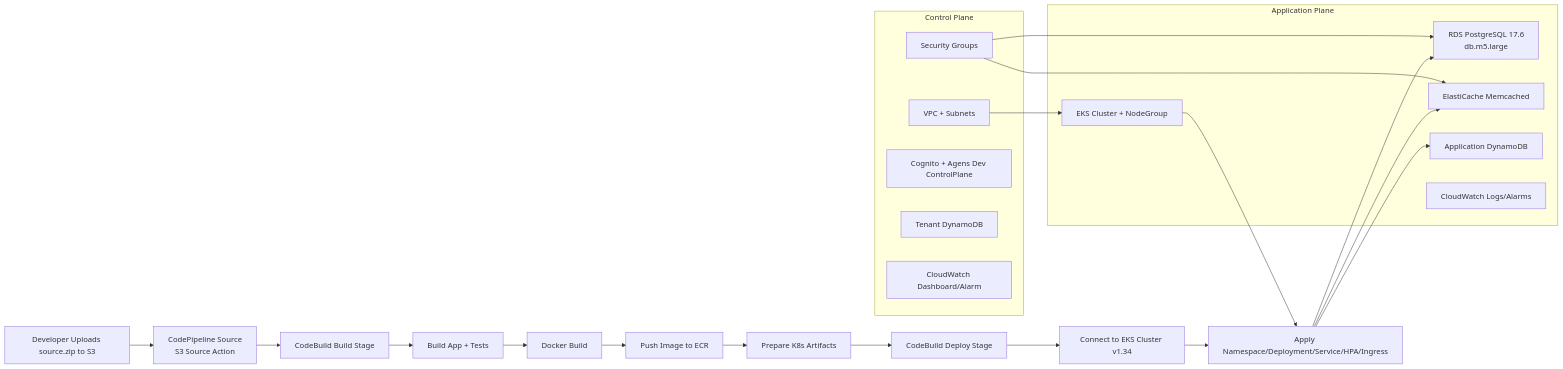
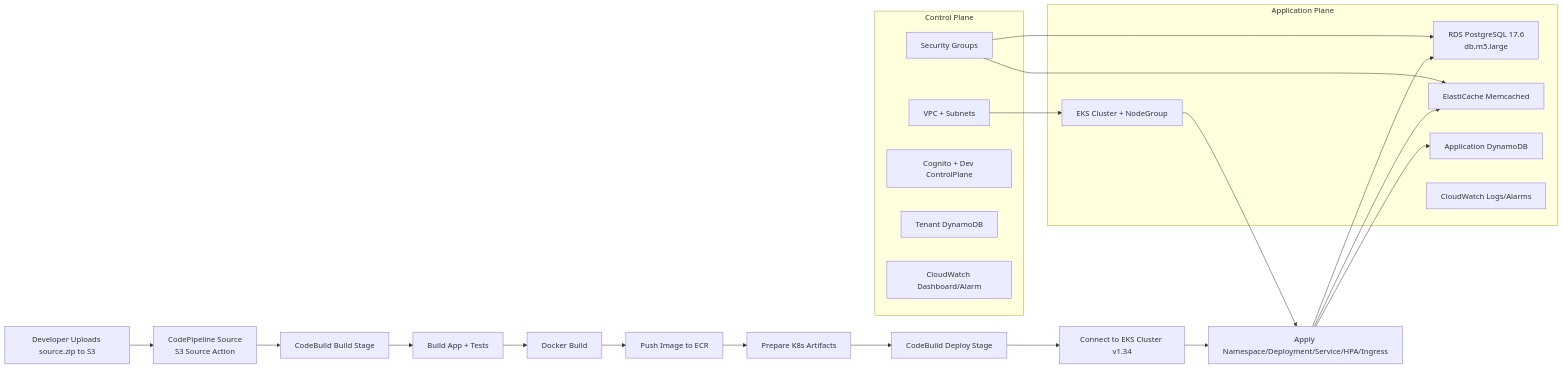
One commit to rahultiple31/med-aws-repo changed the diagram in README.md. Above: the diagram before and after it, drawn with Mermaid. The commit also changed other lines of this file and 14 other files, not shown here.

````diff
--- a/README.md
+++ b/README.md
@@ -1,38 +1,38 @@
 ```mermaid
 flowchart LR
   A[Developer Uploads source.zip to S3] --> B[CodePipeline Source<br/>S3 Source Action]
   B --> C[CodeBuild Build Stage]
   C --> D[Build App + Tests]
   D --> E[Docker Build]
   E --> F[Push Image to ECR]
   F --> G[Prepare K8s Artifacts]
 
   G --> H[CodeBuild Deploy Stage]
   H --> I[Connect to EKS Cluster v1.34]
   I --> J[Apply Namespace/Deployment/Service/HPA/Ingress]
 
   subgraph Control Plane
     CP1[VPC + Subnets]
     CP2[Security Groups]
-    CP3[Cognito + Agens Dev ControlPlane]
+    CP3[Cognito + Dev ControlPlane]
     CP4[Tenant DynamoDB]
     CP5[CloudWatch Dashboard/Alarm]
   end
 
   subgraph Application Plane
     AP1[EKS Cluster + NodeGroup]
     AP2[RDS PostgreSQL 17.6<br/>db.m5.large]
     AP3[ElastiCache Memcached]
     AP4[Application DynamoDB]
     AP5[CloudWatch Logs/Alarms]
   end
 
   CP1 --> AP1
   CP2 --> AP2
   CP2 --> AP3
   AP1 --> J
   J --> AP2
   J --> AP3
   J --> AP4
 
 ```
````
